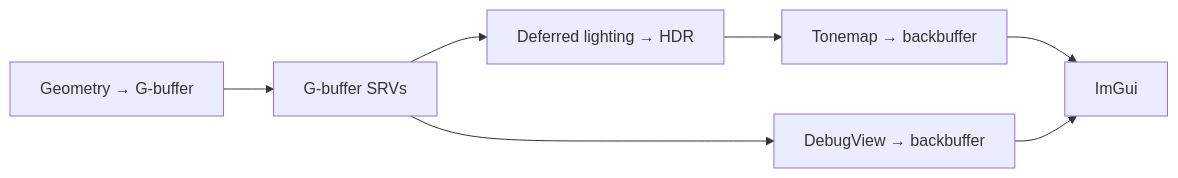
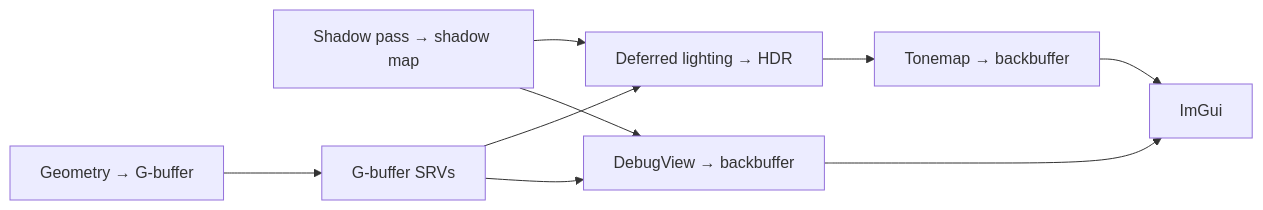
One commit to RomanovV/SummerEngine changed the fifth of 6 diagrams in docs/ARCHITECTURE.md. Above: the diagram before and after it, drawn with Mermaid. The commit also changed other lines of this file and 21 other files, not shown here.

````diff
--- a/docs/ARCHITECTURE.md
+++ b/docs/ARCHITECTURE.md
@@ -405,9 +448,11 @@
 ```mermaid
 flowchart LR
+    S["Shadow pass → shadow map"] --> C
     A["Geometry → G-buffer"] --> B["G-buffer SRVs"]
     B --> C["Deferred lighting → HDR"]
     C --> D["Tonemap → backbuffer"]
     B --> E["DebugView → backbuffer"]
+    S --> E
     D --> F["ImGui"]
     E --> F
 ```
````
